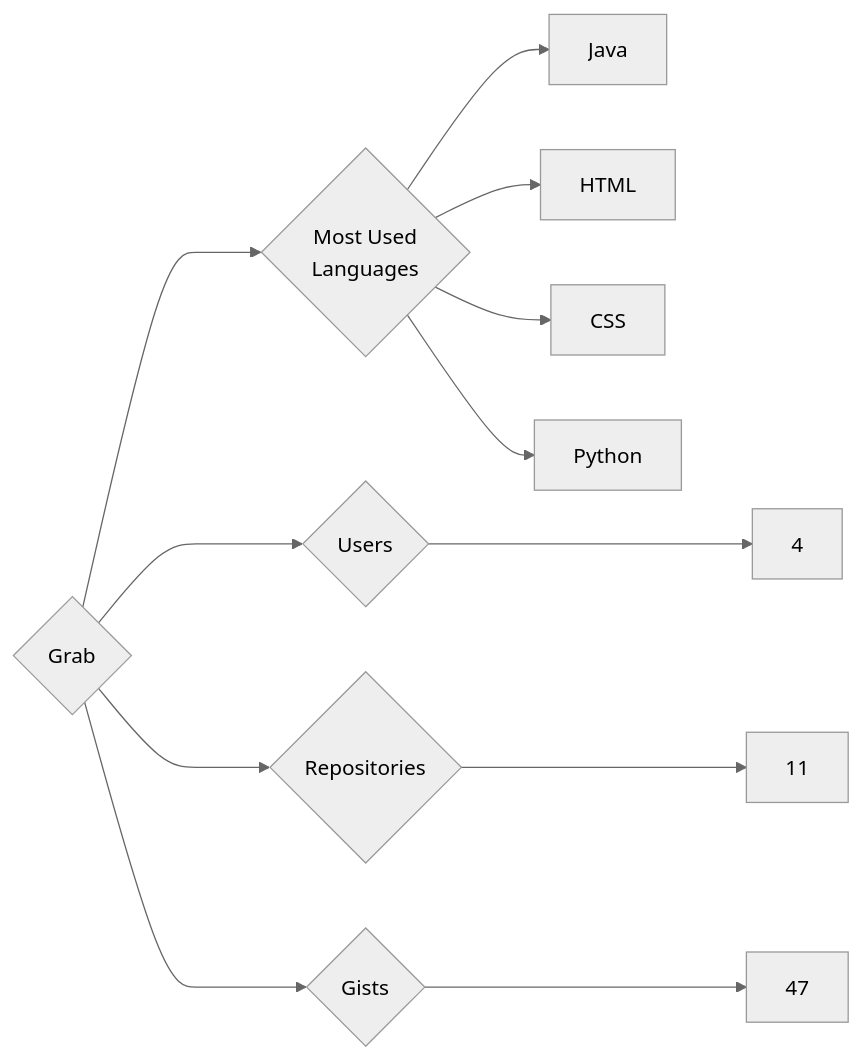
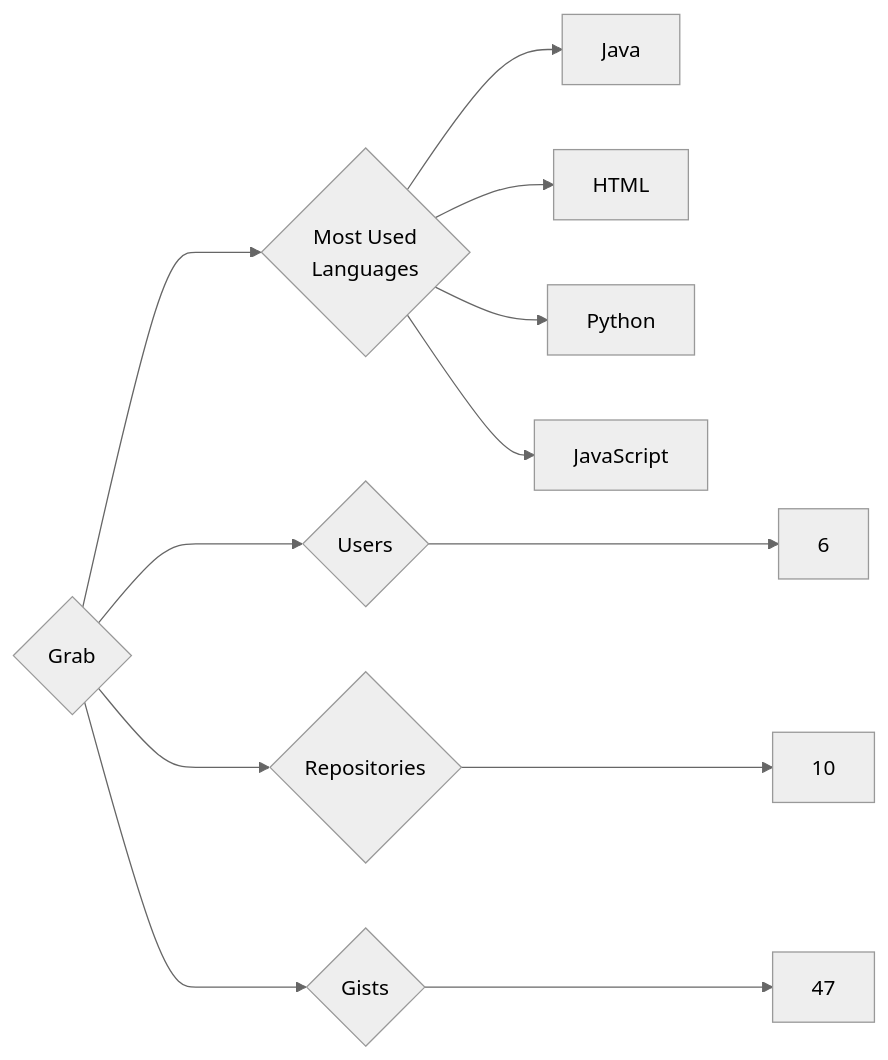
The diagram in targets/Grab/README.md (trickest/insiders), drawn with Mermaid (neutral theme) before and after one commit. The commit also changed 880 other files, not shown here.

````diff
--- a/targets/Grab/README.md
+++ b/targets/Grab/README.md
@@ -3,12 +3,12 @@
 ```mermaid
 graph LR
 COMPANY_NAME{Grab}
-COMPANY_NAME ---> U{Users} ---> UN[4]
-COMPANY_NAME ---> R{Repositories} ---> RN[11]
+COMPANY_NAME ---> U{Users} ---> UN[6]
+COMPANY_NAME ---> R{Repositories} ---> RN[10]
 COMPANY_NAME ---> G{Gists} ---> GN[47]
 COMPANY_NAME ---> ML{Most Used<br>Languages}
 ML --> Java[Java]
 ML --> HTML[HTML]
-ML --> CSS[CSS]
 ML --> Python[Python]
+ML --> JavaScript[JavaScript]
 ```
````
